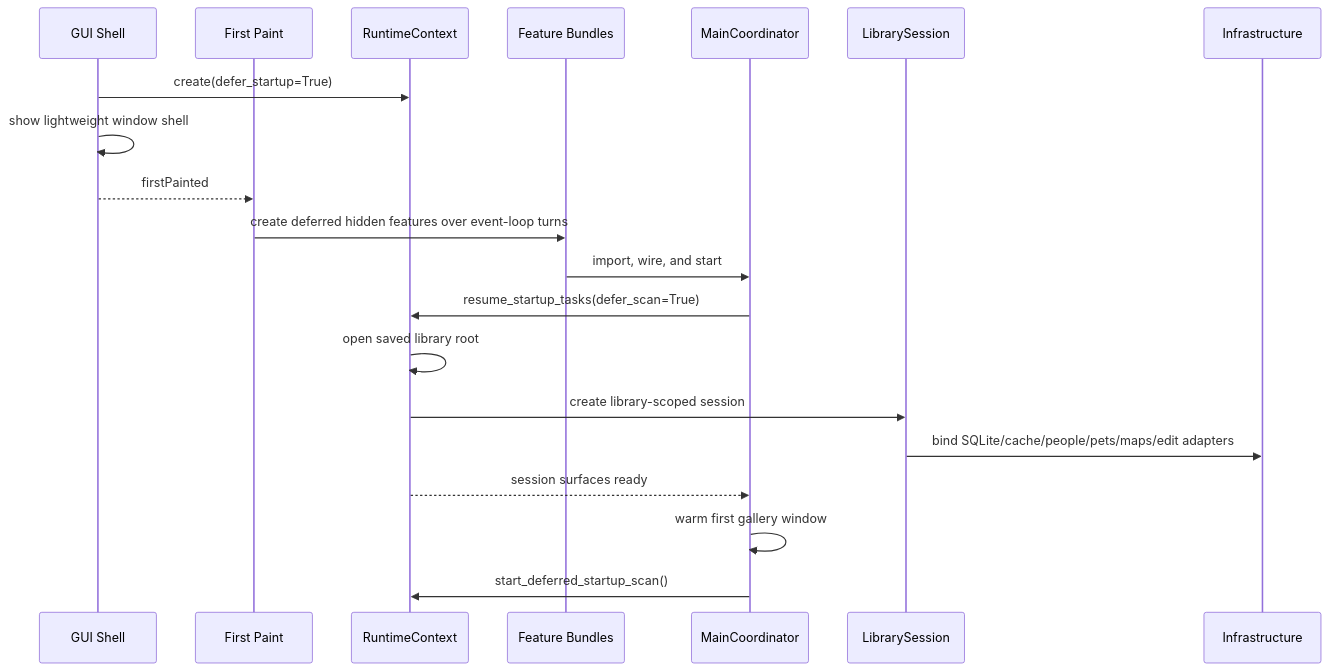
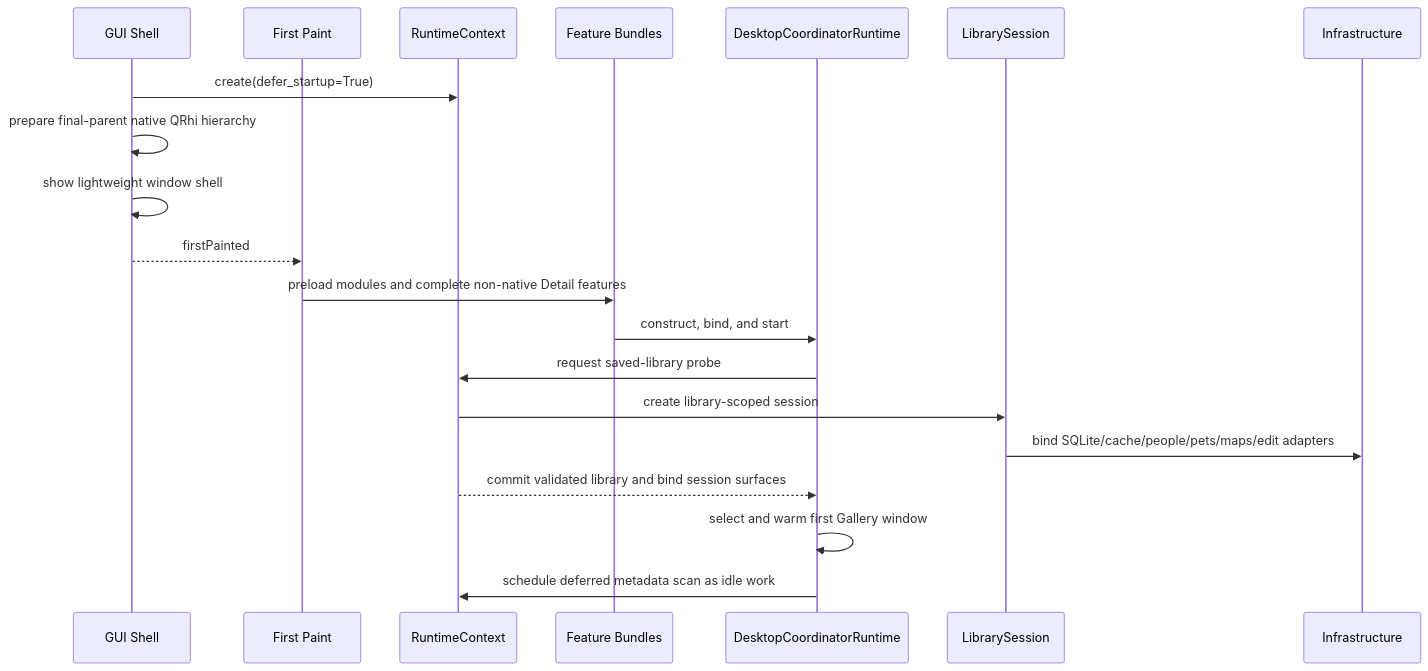
Before and after one commit to OliverZhaohaibin/iPhotron-LocalPhotoAlbumManager: the second of 7 diagrams in docs/architecture.md, drawn with Mermaid. The commit also changed other lines of this file and 22 other files, not shown here.

````diff
--- a/docs/architecture.md
+++ b/docs/architecture.md
@@ -437,23 +439,23 @@
 ```mermaid
 sequenceDiagram
     participant UI as GUI Shell
     participant Paint as First Paint
     participant Runtime as RuntimeContext
     participant Feature as Feature Bundles
-    participant Coordinator as MainCoordinator
+    participant Coordinator as DesktopCoordinatorRuntime
     participant Session as LibrarySession
     participant Infra as Infrastructure
 
     UI->>Runtime: create(defer_startup=True)
+    UI->>UI: prepare final-parent native QRhi hierarchy
     UI->>UI: show lightweight window shell
     UI-->>Paint: firstPainted
-    Paint->>Feature: create deferred hidden features over event-loop turns
-    Feature->>Coordinator: import, wire, and start
-    Coordinator->>Runtime: resume_startup_tasks(defer_scan=True)
-    Runtime->>Runtime: open saved library root
+    Paint->>Feature: preload modules and complete non-native Detail features
+    Feature->>Coordinator: construct, bind, and start
+    Coordinator->>Runtime: request saved-library probe
     Runtime->>Session: create library-scoped session
     Session->>Infra: bind SQLite/cache/people/pets/maps/edit adapters
-    Runtime-->>Coordinator: session surfaces ready
-    Coordinator->>Coordinator: warm first gallery window
-    Coordinator->>Runtime: start_deferred_startup_scan()
+    Runtime-->>Coordinator: commit validated library and bind session surfaces
+    Coordinator->>Coordinator: select and warm first Gallery window
+    Coordinator->>Runtime: schedule deferred metadata scan as idle work
 ```
````
